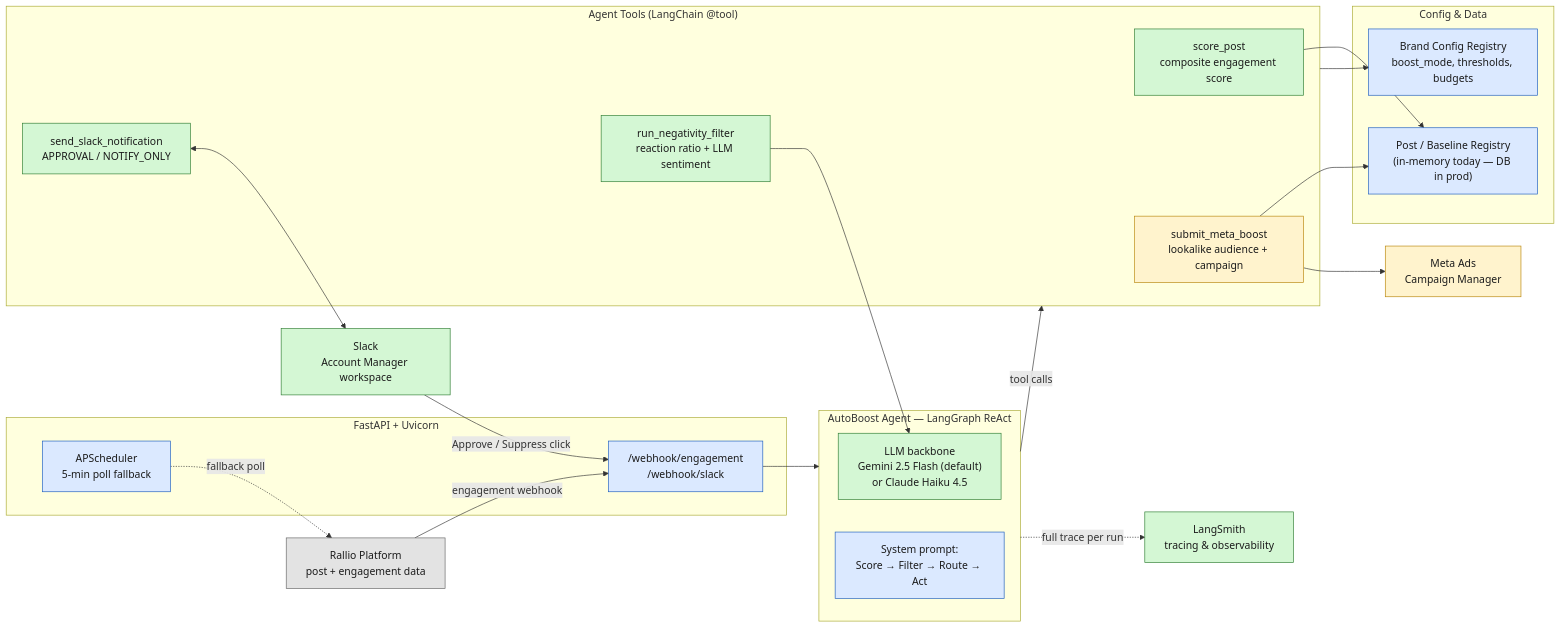
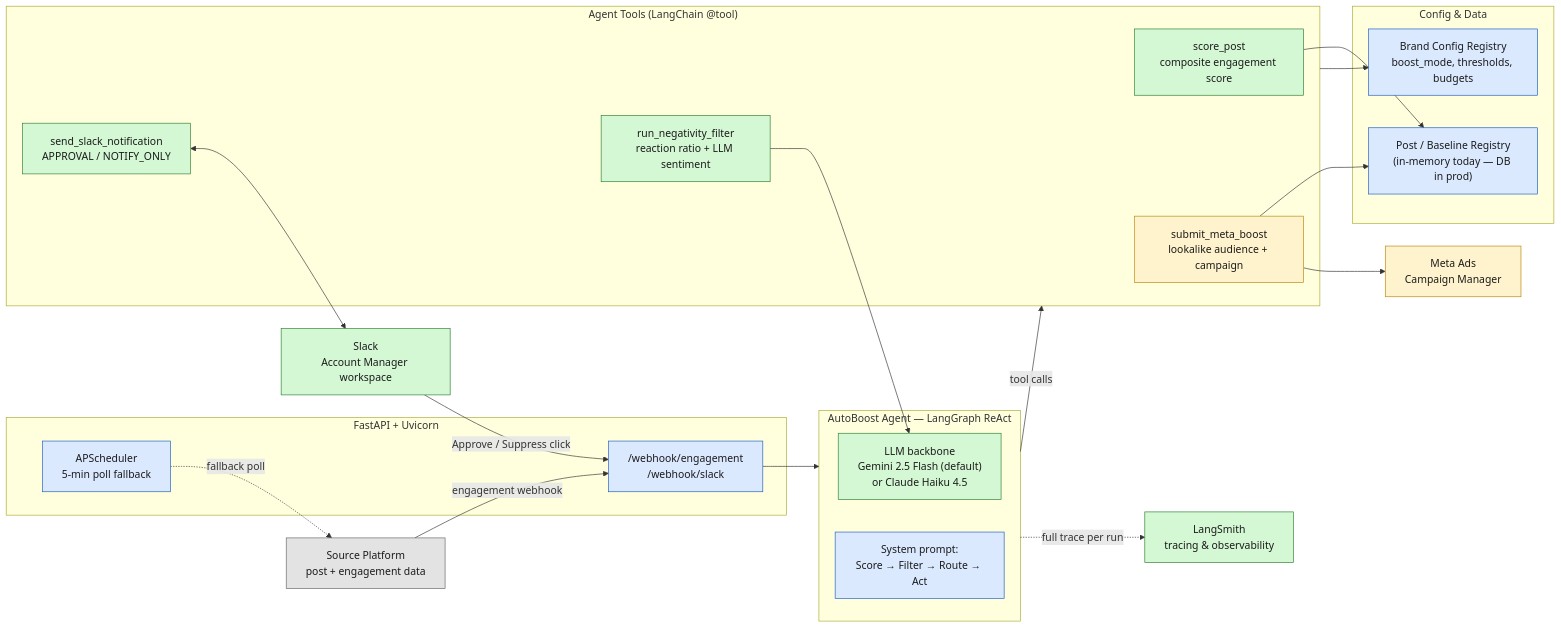
Before and after one commit to MehrotraSoham/autoboost-agent: the diagram in docs/architecture.md, drawn with Mermaid. The commit also changed other lines of this file and 7 other files, not shown here.

````diff
--- a/docs/architecture.md
+++ b/docs/architecture.md
@@ -6,48 +6,48 @@
 ```mermaid
 flowchart LR
     classDef live fill:#d4f7d4,stroke:#2e7d32,color:#1b1b1b;
     classDef stub fill:#fff3cd,stroke:#b8860b,color:#1b1b1b;
     classDef external fill:#e3e3e3,stroke:#666666,color:#1b1b1b;
     classDef core fill:#dbe9ff,stroke:#1c5dbf,color:#1b1b1b;
 
-    Rallio["Rallio Platform<br/>post + engagement data"]:::external
+    SourcePlatform["Source Platform<br/>post + engagement data"]:::external
 
     subgraph Entry["FastAPI + Uvicorn"]
         WebhookEP["/webhook/engagement<br/>/webhook/slack"]:::core
         Sched["APScheduler<br/>5-min poll fallback"]:::core
     end
 
     subgraph AgentCore["AutoBoost Agent — LangGraph ReAct"]
         LLM["LLM backbone<br/>Gemini 2.5 Flash (default)<br/>or Claude Haiku 4.5"]:::live
         SysPrompt["System prompt:<br/>Score → Filter → Route → Act"]:::core
     end
 
     subgraph ToolLayer["Agent Tools (LangChain @tool)"]
         T1["score_post<br/>composite engagement score"]:::live
         T2["run_negativity_filter<br/>reaction ratio + LLM sentiment"]:::live
         T3["send_slack_notification<br/>APPROVAL / NOTIFY_ONLY"]:::live
         T4["submit_meta_boost<br/>lookalike audience + campaign"]:::stub
     end
 
     subgraph Storage["Config & Data"]
         BrandCfg["Brand Config Registry<br/>boost_mode, thresholds, budgets"]:::core
         DataReg["Post / Baseline Registry<br/>(in-memory today — DB in prod)"]:::core
     end
 
     Slack["Slack<br/>Account Manager workspace"]:::live
     MetaAds["Meta Ads<br/>Campaign Manager"]:::stub
     LangSmithSvc["LangSmith<br/>tracing & observability"]:::live
 
-    Rallio -- "engagement webhook" --> WebhookEP
-    Sched -. "fallback poll" .-> Rallio
+    SourcePlatform -- "engagement webhook" --> WebhookEP
+    Sched -. "fallback poll" .-> SourcePlatform
     WebhookEP --> AgentCore
     AgentCore -- "tool calls" --> ToolLayer
     T1 --> DataReg
     T2 --> LLM
     T4 --> DataReg
     ToolLayer --> BrandCfg
     T3 <--> Slack
     T4 --> MetaAds
     Slack -- "Approve / Suppress click" --> WebhookEP
     AgentCore -. "full trace per run" .-> LangSmithSvc
 ```
````
